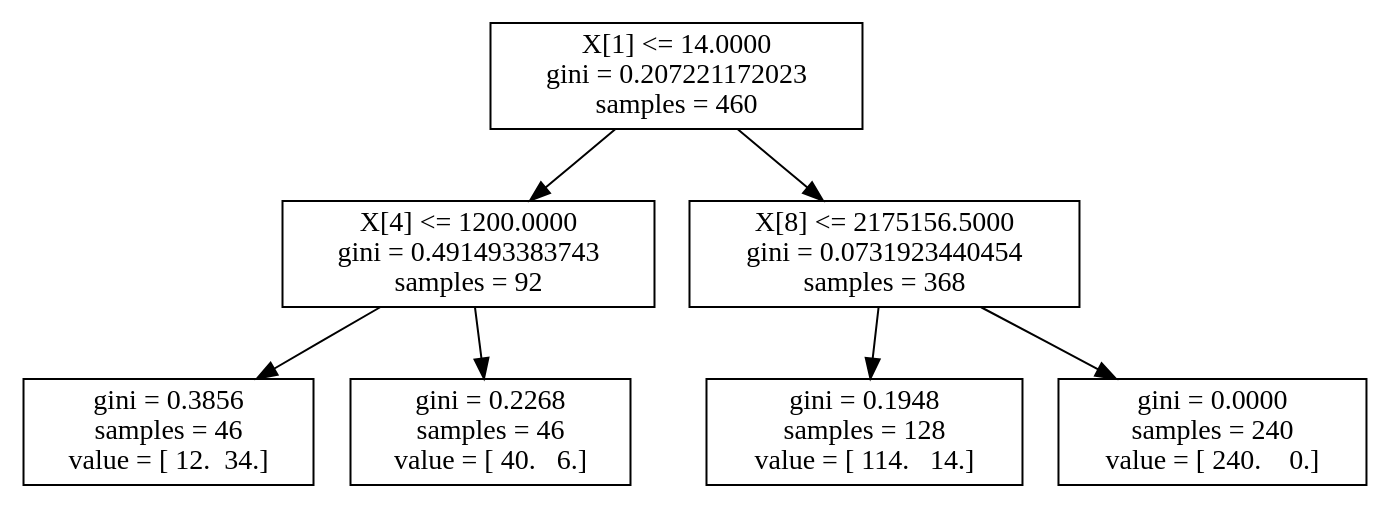
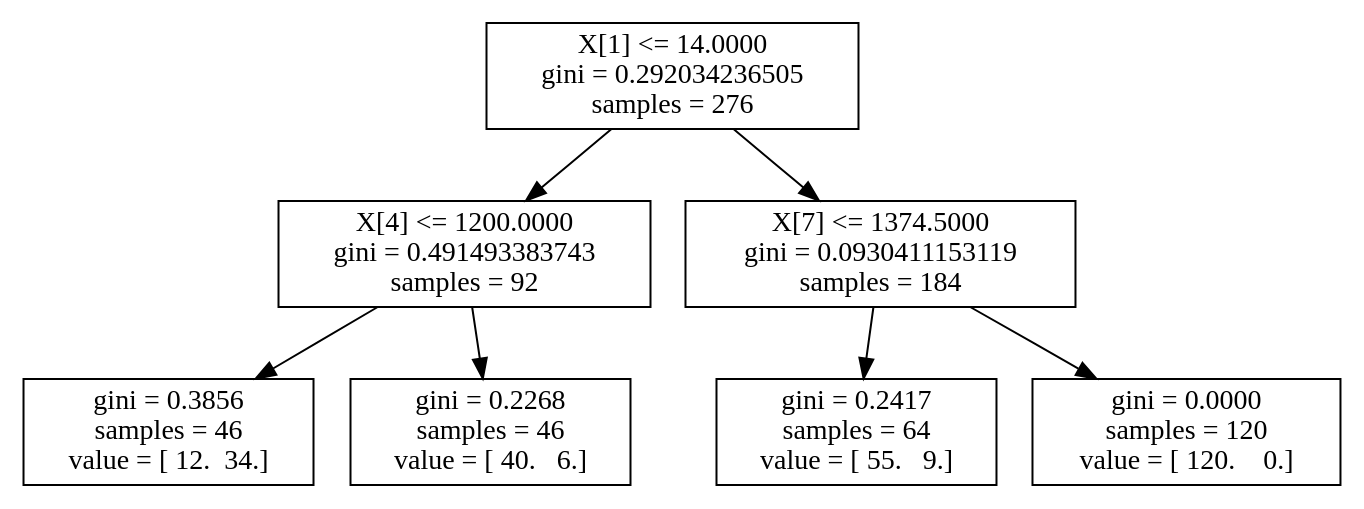
One commit to ctuning/reproduce-ck-paper-large-experiments changed the diagram in script/reproduce-hog-modeling/t628-second-set-of-features-depth5/model-sklearn-dtc.modelx.dot. Above: the diagram before and after it, drawn with Graphviz. The commit also changed 924 other files, not shown here.

Commit message:
new experiments, graphs and predictive models for run-time adaptation; predictive scheduling and active learning

```diff
--- a/script/reproduce-hog-modeling/t628-second-set-of-features-depth5/model-sklearn-dtc.modelx.dot
+++ b/script/reproduce-hog-modeling/t628-second-set-of-features-depth5/model-sklearn-dtc.modelx.dot
@@ -1,15 +1,15 @@
 digraph Tree {
-0 [label="X[1] <= 14.0000\ngini = 0.207221172023\nsamples = 460", shape="box"] ;
+0 [label="X[1] <= 14.0000\ngini = 0.292034236505\nsamples = 276", shape="box"] ;
 1 [label="X[4] <= 1200.0000\ngini = 0.491493383743\nsamples = 92", shape="box"] ;
 0 -> 1 ;
 2 [label="gini = 0.3856\nsamples = 46\nvalue = [ 12.  34.]", shape="box"] ;
 1 -> 2 ;
 3 [label="gini = 0.2268\nsamples = 46\nvalue = [ 40.   6.]", shape="box"] ;
 1 -> 3 ;
-4 [label="X[8] <= 2175156.5000\ngini = 0.0731923440454\nsamples = 368", shape="box"] ;
+4 [label="X[7] <= 1374.5000\ngini = 0.0930411153119\nsamples = 184", shape="box"] ;
 0 -> 4 ;
-5 [label="gini = 0.1948\nsamples = 128\nvalue = [ 114.   14.]", shape="box"] ;
+5 [label="gini = 0.2417\nsamples = 64\nvalue = [ 55.   9.]", shape="box"] ;
 4 -> 5 ;
-6 [label="gini = 0.0000\nsamples = 240\nvalue = [ 240.    0.]", shape="box"] ;
+6 [label="gini = 0.0000\nsamples = 120\nvalue = [ 120.    0.]", shape="box"] ;
 4 -> 6 ;
 }
```
